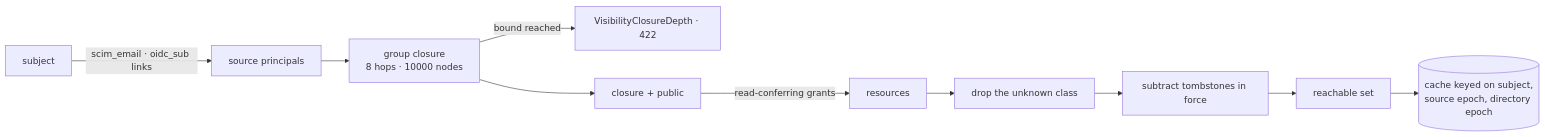
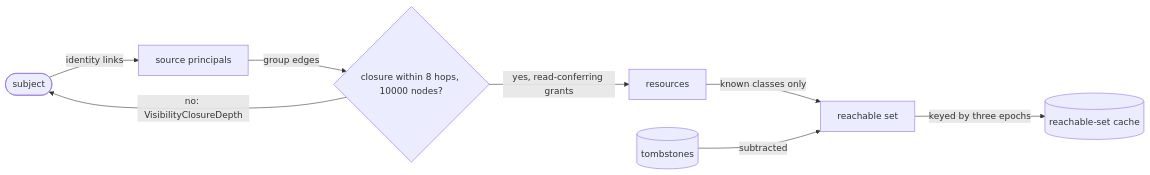
Before and after one commit to fractalboxdev/contextful: the second of 2 diagrams in spec/60-visibility.md, drawn with Mermaid. The commit also changed other lines of this file and 44 other files, not shown here.

First line of the commit message:
spec: diagrams draw entities and flows, and the checker enforces it (#12)

````diff
--- a/spec/60-visibility.md
+++ b/spec/60-visibility.md
@@ -93,12 +90,10 @@
 ```mermaid
 flowchart LR
-  S["subject"] -- "scim_email · oidc_sub links" --> SP["source principals"]
-  SP --> GC["group closure<br/>8 hops · 10000 nodes"]
-  GC -- "bound reached" --> E1["VisibilityClosureDepth · 422"]
-  GC --> PUB["closure + public"]
-  PUB -- "read-conferring grants" --> RES["resources"]
-  RES --> UNK["drop the unknown class"]
-  UNK --> TOMB["subtract tombstones in force"]
-  TOMB --> SET["reachable set"]
-  SET --> CACHE[("cache keyed on subject,<br/>source epoch, directory epoch")]
+  S(["subject"]) -->|"identity links"| SP["source principals"]
+  SP -->|"group edges"| DEPTH{"closure within 8 hops, 10000 nodes?"}
+  DEPTH -->|"no: VisibilityClosureDepth"| S
+  DEPTH -->|"yes, read-conferring grants"| RES["resources"]
+  RES -->|"known classes only"| RSET["reachable set"]
+  TOMB[("tombstones")] -->|"subtracted"| RSET
+  RSET -->|"keyed by three epochs"| CACHE[("reachable-set cache")]
 ```
````
